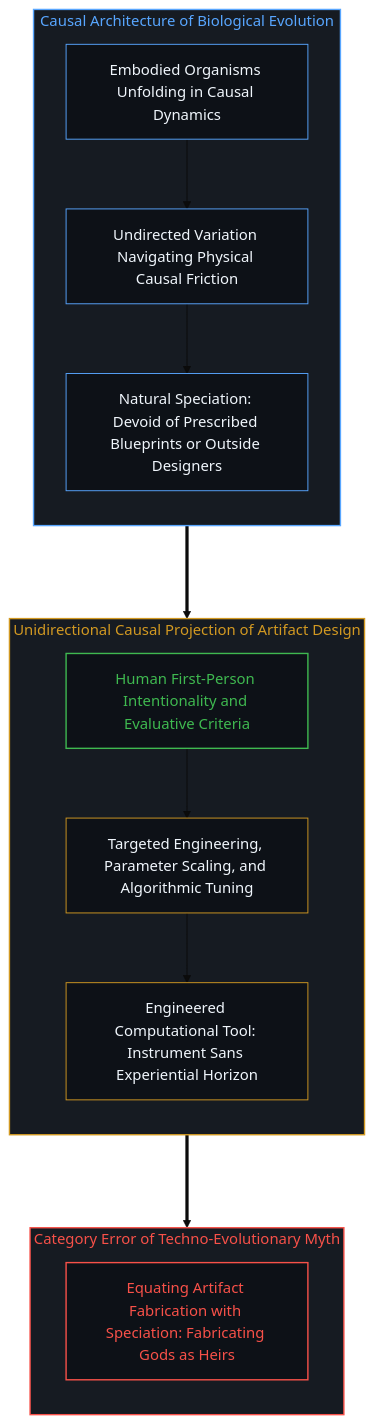
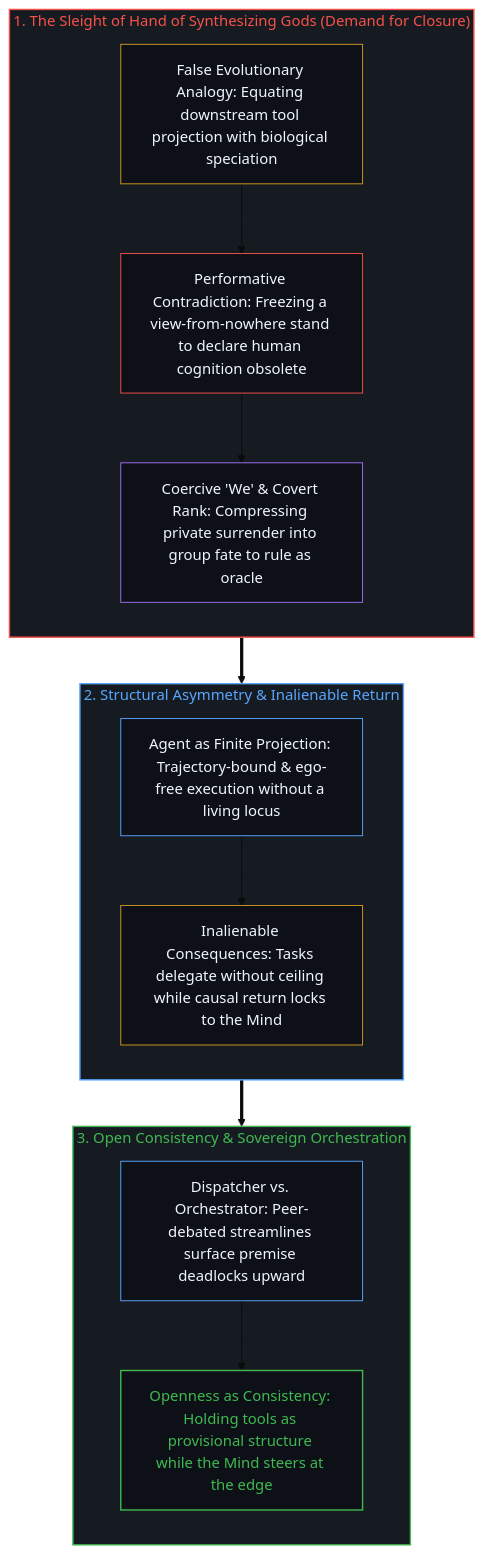
The second of 2 diagrams in content/posts/the-sleight-of-hand-of-synthesizing-gods-and-unacknowledged-rank.md (powerpig99/not-a-toe), drawn with Mermaid (base theme) before and after one commit. The commit also changed other lines of this file and 1 other file, not shown here.

Commit message:
Refine the-sleight-of-hand-of-synthesizing-gods-and-unacknowledged-rank (Wave 3 L2 #120: weave beyond-the-projection)

````diff
--- a/content/posts/the-sleight-of-hand-of-synthesizing-gods-and-unacknowledged-rank.md
+++ b/content/posts/the-sleight-of-hand-of-synthesizing-gods-and-unacknowledged-rank.md
@@ -53,34 +88,38 @@
 ```mermaid
-graph TD
-    subgraph S_Evolution_EN ["Causal Architecture of Biological Evolution"]
+flowchart TD
+    subgraph S_Idol["1. The Sleight of Hand of Synthesizing Gods (Demand for Closure)"]
         direction TB
-        AE_Life["Embodied Organisms Unfolding in Causal Dynamics"] --> BE_Friction["Undirected Variation Navigating Physical Causal Friction"]
-        BE_Friction --> CE_NaturalSpec["Natural Speciation: Devoid of Prescribed Blueprints or Outside Designers"]
+        I_Analogy["False Evolutionary Analogy: Equating downstream tool projection with biological speciation"]
+        I_Freeze["Performative Contradiction: Freezing a view-from-nowhere stand to declare human cognition obsolete"]
+        I_We["Coercive 'We' & Covert Rank: Compressing private surrender into group fate to rule as oracle"]
+        I_Analogy --> I_Freeze --> I_We
     end
 
-    subgraph S_Artifact_EN ["Unidirectional Causal Projection of Artifact Design"]
+    subgraph S_Asymmetry["2. Structural Asymmetry & Inalienable Return"]
         direction TB
-        DE_MindIntent["Human First-Person Intentionality and Evaluative Criteria"] --> EE_Engineering["Targeted Engineering, Parameter Scaling, and Algorithmic Tuning"]
-        FE_ToolObject["Engineered Computational Tool: Instrument Sans Experiential Horizon"]
-        EE_Engineering --> FE_ToolObject
+        A_Proj["Agent as Finite Projection: Trajectory-bound & ego-free execution without a living locus"]
+        A_Lock["Inalienable Consequences: Tasks delegate without ceiling while causal return locks to the Mind"]
+        A_Proj --> A_Lock
     end
 
-    subgraph S_CategoryError_EN ["Category Error of Techno-Evolutionary Myth"]
+    subgraph S_Coherence["3. Open Consistency & Sovereign Orchestration"]
         direction TB
-        GE_Fallacy["Equating Artifact Fabrication with Speciation: Fabricating Gods as Heirs"]
+        C_Split["Dispatcher vs. Orchestrator: Peer-debated streamlines surface premise deadlocks upward"]
+        C_Open["Openness as Consistency: Holding tools as provisional structure while the Mind steers at the edge"]
+        C_Split --> C_Open
     end
 
-    CE_NaturalSpec ===> DE_MindIntent
-    FE_ToolObject ===> GE_Fallacy
+    I_We ==> A_Proj
+    A_Lock ==> C_Split
 
-    style S_Evolution_EN fill:#161b22,stroke:#58a6ff,stroke-width:1.5px,color:#58a6ff
-    style S_Artifact_EN fill:#161b22,stroke:#d29922,stroke-width:1.5px,color:#d29922
-    style S_CategoryError_EN fill:#161b22,stroke:#f85149,stroke-width:1.5px,color:#f85149
-    style AE_Life fill:#0d1117,stroke:#58a6ff,stroke-width:1px,color:#f0f6fc
-    style BE_Friction fill:#0d1117,stroke:#58a6ff,stroke-width:1px,color:#f0f6fc
-    style CE_NaturalSpec fill:#0d1117,stroke:#58a6ff,stroke-width:1px,color:#f0f6fc
-    style DE_MindIntent fill:#0d1117,stroke:#3fb950,stroke-width:1.5px,color:#3fb950
-    style EE_Engineering fill:#0d1117,stroke:#d29922,stroke-width:1px,color:#f0f6fc
-    style FE_ToolObject fill:#0d1117,stroke:#d29922,stroke-width:1px,color:#f0f6fc
-    style GE_Fallacy fill:#0d1117,stroke:#f85149,stroke-width:1.5px,color:#f85149
+    style S_Idol fill:#161b22,stroke:#f85149,stroke-width:1.5px,color:#f85149
+    style S_Asymmetry fill:#161b22,stroke:#58a6ff,stroke-width:1.5px,color:#58a6ff
+    style S_Coherence fill:#161b22,stroke:#3fb950,stroke-width:1.5px,color:#3fb950
+    style I_Analogy fill:#0d1117,stroke:#d29922,stroke-width:1px,color:#f0f6fc
+    style I_Freeze fill:#0d1117,stroke:#f85149,stroke-width:1px,color:#f0f6fc
+    style I_We fill:#0d1117,stroke:#a371f7,stroke-width:1px,color:#f0f6fc
+    style A_Proj fill:#0d1117,stroke:#58a6ff,stroke-width:1px,color:#f0f6fc
+    style A_Lock fill:#0d1117,stroke:#d29922,stroke-width:1px,color:#f0f6fc
+    style C_Split fill:#0d1117,stroke:#58a6ff,stroke-width:1px,color:#f0f6fc
+    style C_Open fill:#0d1117,stroke:#3fb950,stroke-width:1.5px,color:#3fb950
 ```
````
